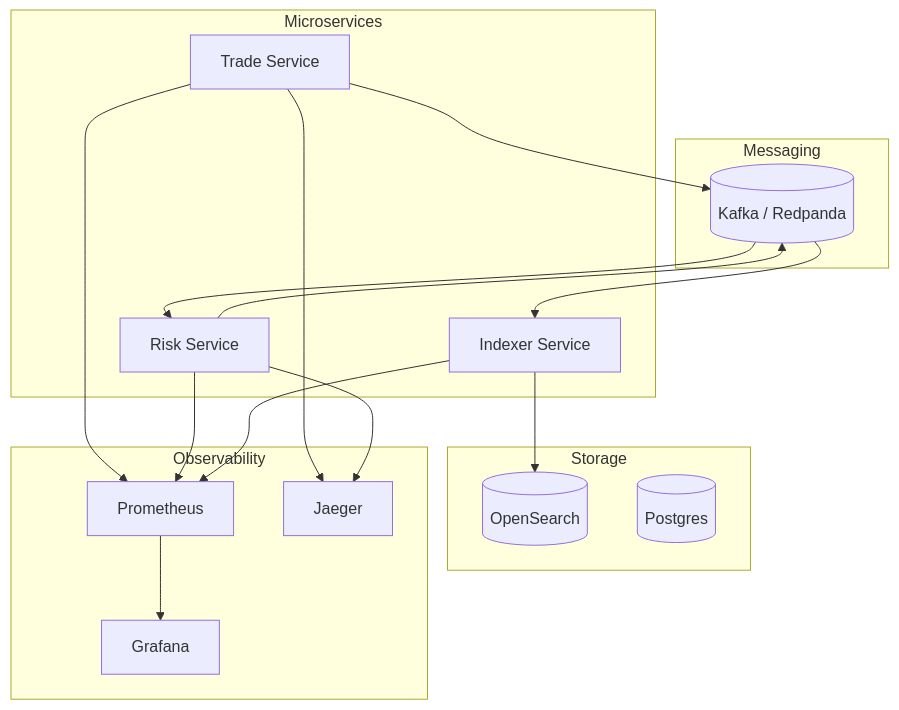
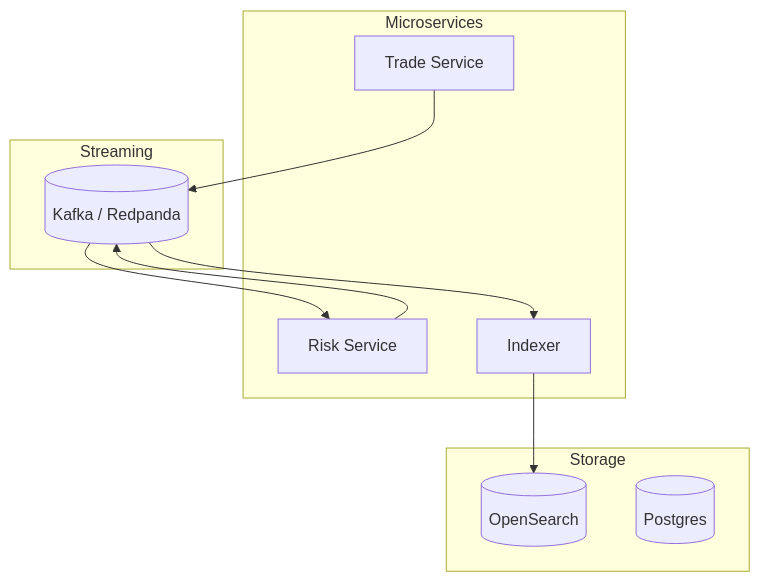
One commit to javakishore-veleti/FX-Trade-Analytics-AWs-OpenSearch changed the second of 3 diagrams in README.md. Above: the diagram before and after it, drawn with Mermaid. The commit also changed other lines of this file, not shown here.

````diff
--- a/README.md
+++ b/README.md
@@ -35,37 +35,23 @@
 ```mermaid
 flowchart TD
     subgraph Microservices
         TS[Trade Service]
         RS[Risk Service]
-        IDX[Indexer Service]
+        IDX[Indexer]
     end
 
-    subgraph Messaging
+    subgraph Streaming
         K[(Kafka / Redpanda)]
     end
 
     subgraph Storage
         OS[(OpenSearch)]
         PG[(Postgres)]
     end
 
-    subgraph Observability
-        PR[Prometheus]
-        GR[Grafana]
-        JG[Jaeger]
-    end
-
     TS --> K
     K --> RS
     RS --> K
     K --> IDX
     IDX --> OS
-
-    TS --> PR
-    RS --> PR
-    IDX --> PR
-
-    PR --> GR
-    TS --> JG
-    RS --> JG
 ```
````
